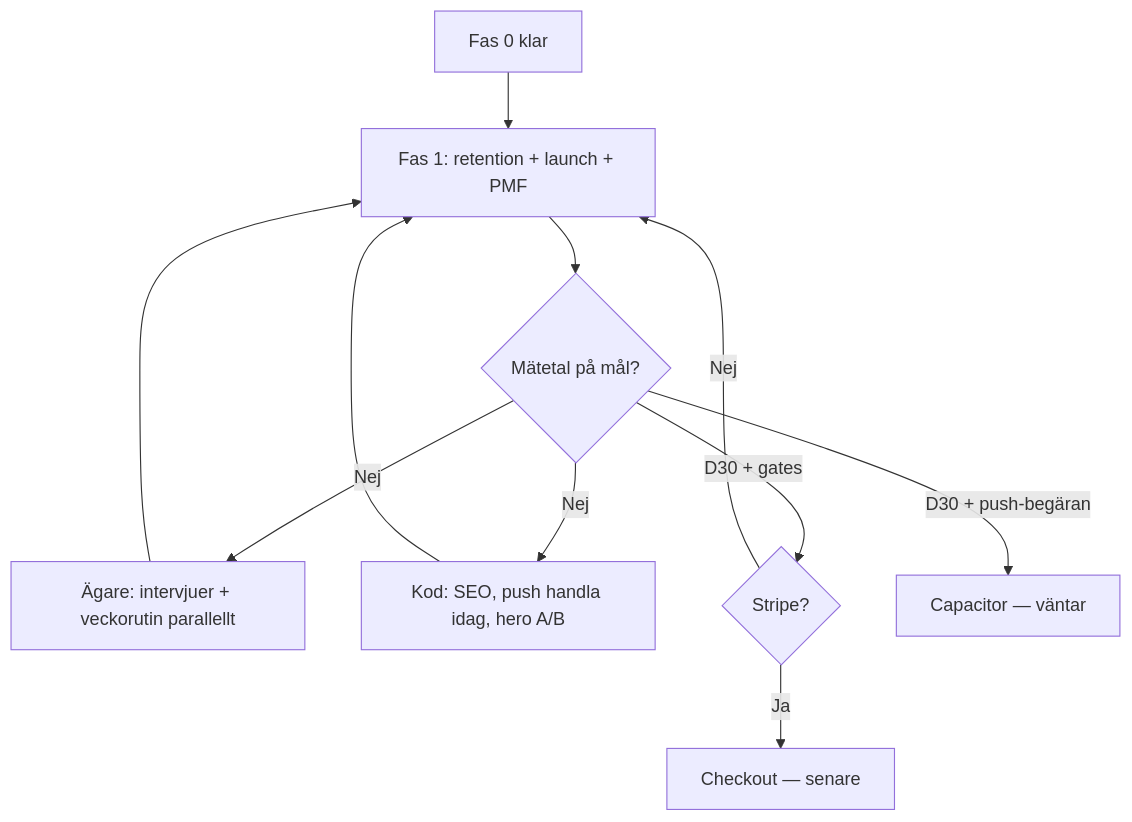
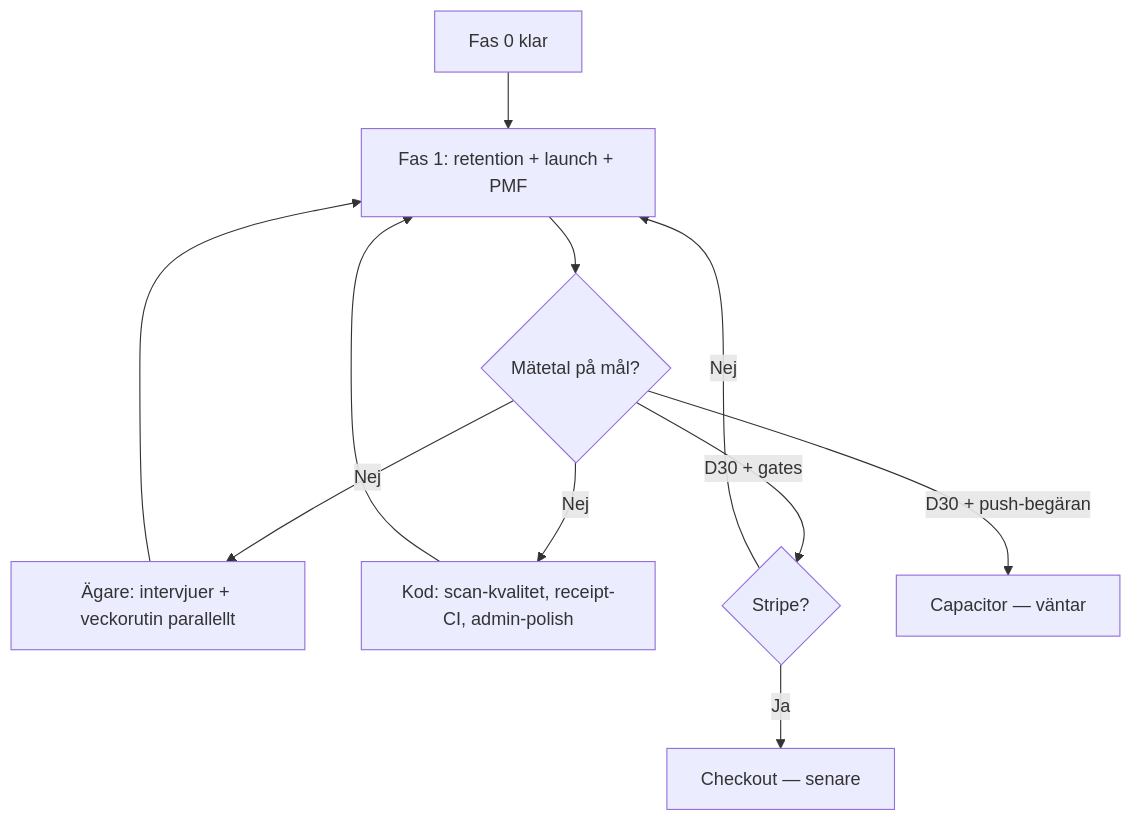
One commit to arpi09/grocery-manager changed the diagram in docs/ROADMAP.md. Above: the diagram before and after it, drawn with Mermaid. The commit also changed other lines of this file and 9 other files, not shown here.

````diff
--- a/docs/ROADMAP.md
+++ b/docs/ROADMAP.md
@@ -225,13 +225,13 @@
 ```mermaid
 flowchart TD
     A[Fas 0 klar] --> B[Fas 1: retention + launch + PMF]
     B --> C{Mätetal på mål?}
     C -->|Nej| D[Ägare: intervjuer + veckorutin parallellt]
-    C -->|Nej| E[Kod: SEO, push handla idag, hero A/B]
+    C -->|Nej| E[Kod: scan-kvalitet, receipt-CI, admin-polish]
     D --> B
     E --> B
     C -->|D30 + gates| F{Stripe?}
     F -->|Ja| G[Checkout — senare]
     F -->|Nej| B
     C -->|D30 + push-begäran| H[Capacitor — väntar]
 ```
````
